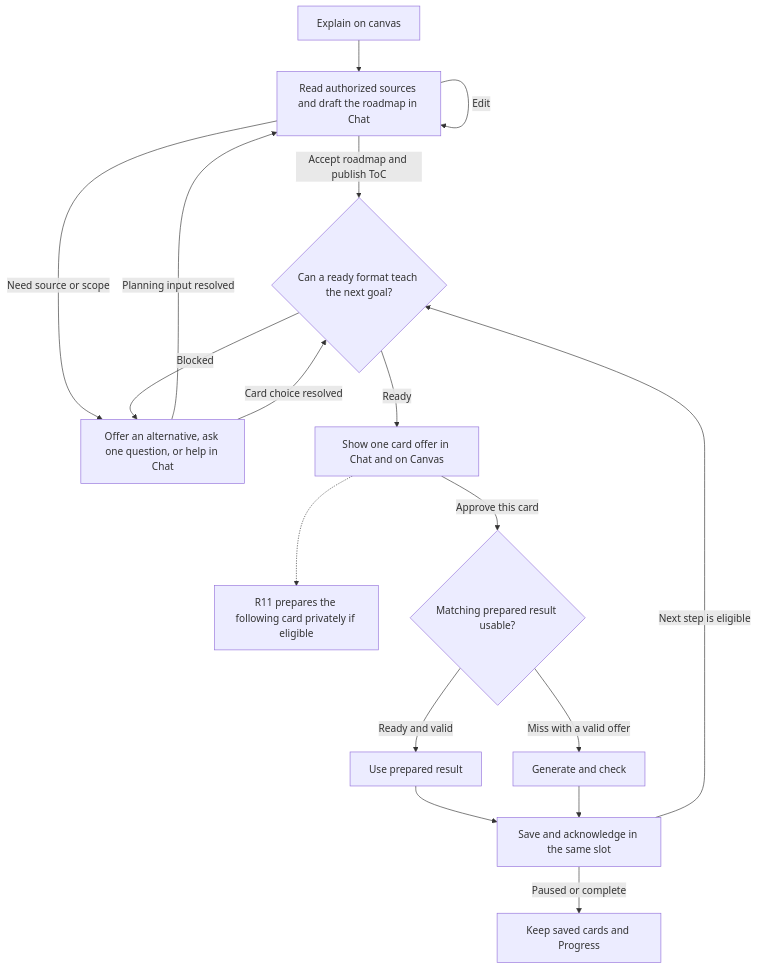
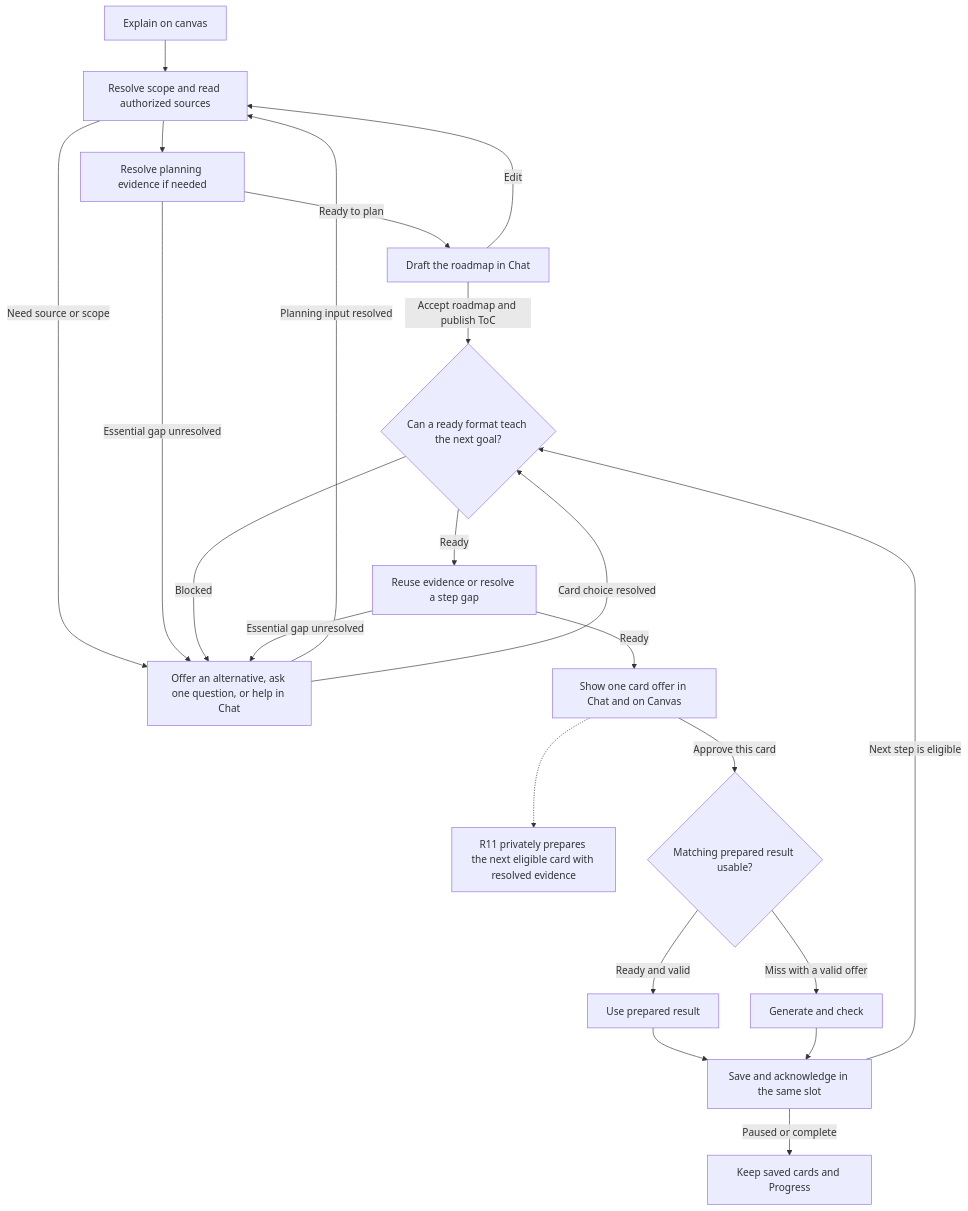
Before and after one commit to Rabbit-Hole-App/Rabbit-Hole: the diagram in docs/features/explain-on-canvas/handoff/explain-on-canvas-workflow.md, drawn with Mermaid. The commit also changed other lines of this file, not shown here.

Commit message:
Stage R8a evidence flow in explain-on-canvas-workflow.md

````diff
--- a/docs/features/explain-on-canvas/handoff/explain-on-canvas-workflow.md
+++ b/docs/features/explain-on-canvas/handoff/explain-on-canvas-workflow.md
@@ -7,19 +7,24 @@
 ```mermaid
 flowchart TD
-    Start["Explain on canvas"] --> Draft["Read authorized sources and draft the roadmap in Chat"]
-    Draft -->|"Edit"| Draft
+    Start["Explain on canvas"] --> Read["Resolve scope and read authorized sources"]
+    Read --> PlanEvidence["Resolve planning evidence if needed"]
+    Read -->|"Need source or scope"| Recover["Offer an alternative, ask one question, or help in Chat"]
+    PlanEvidence -->|"Ready to plan"| Draft["Draft the roadmap in Chat"]
+    PlanEvidence -->|"Essential gap unresolved"| Recover
+    Draft -->|"Edit"| Read
     Draft -->|"Accept roadmap and publish ToC"| Fit{"Can a ready format teach the next goal?"}
-    Draft -->|"Need source or scope"| Recover["Offer an alternative, ask one question, or help in Chat"]
-    Fit -->|"Ready"| Offer["Show one card offer in Chat and on Canvas"]
+    Fit -->|"Ready"| StepEvidence["Reuse evidence or resolve a step gap"]
     Fit -->|"Blocked"| Recover
-    Recover -->|"Planning input resolved"| Draft
+    StepEvidence -->|"Ready"| Offer["Show one card offer in Chat and on Canvas"]
+    StepEvidence -->|"Essential gap unresolved"| Recover
+    Recover -->|"Planning input resolved"| Read
     Recover -->|"Card choice resolved"| Fit
-    Offer -.-> Prep["R11 prepares the following card privately if eligible"]
+    Offer -.-> Prep["R11 privately prepares the next eligible card with resolved evidence"]
     Offer -->|"Approve this card"| Check{"Matching prepared result usable?"}
     Check -->|"Ready and valid"| Reuse["Use prepared result"]
     Check -->|"Miss with a valid offer"| Build["Generate and check"]
     Reuse --> Save["Save and acknowledge in the same slot"]
     Build --> Save
     Save -->|"Next step is eligible"| Fit
     Save -->|"Paused or complete"| Done["Keep saved cards and Progress"]
 ```
````
